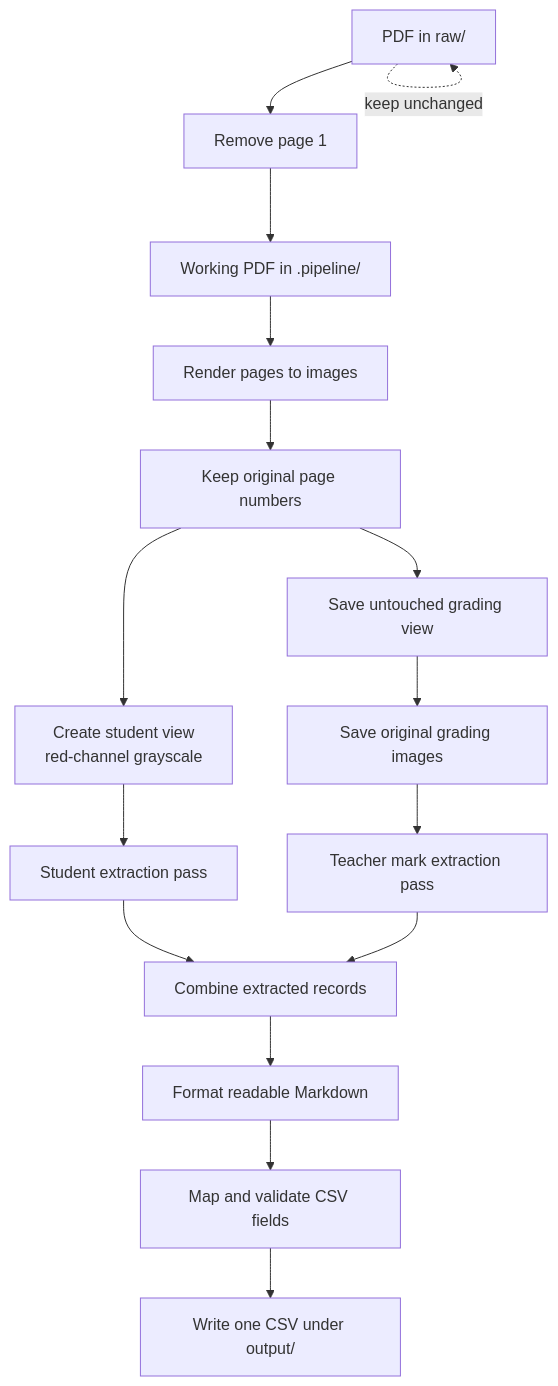
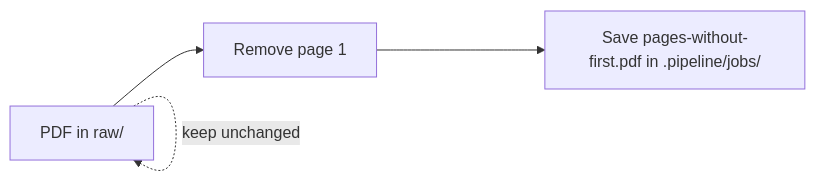
The diagram in docs/pipeline-flow.md (PrameKung/capstone-pipeline-pdf-to-dataset), drawn with Mermaid before and after one commit. The commit also changed other lines of this file and 10 other files, not shown here.

Commit message:
Prepare PDFs without rendering pages

````diff
--- a/docs/pipeline-flow.md
+++ b/docs/pipeline-flow.md
@@ -5,20 +5,6 @@
 ```mermaid
-flowchart TD
+flowchart LR
     A[PDF in raw/] --> B[Remove page 1]
     A -. keep unchanged .-> A
-    B --> C[Working PDF in .pipeline/]
-    C --> D[Render pages to images]
-    D --> E[Keep original page numbers]
-    E --> F[Save untouched grading view]
-    F --> H[Save original grading images]
-    E --> I[Create student view<br/>red-channel grayscale]
-
-    I --> K[Student extraction pass]
-    H --> L[Teacher mark extraction pass]
-    K --> M[Combine extracted records]
-    L --> M
-    M --> N[Format readable Markdown]
-    N --> O[Map and validate CSV fields]
-    O --> P[Write one CSV under output/]
-
+    B --> C[Save pages-without-first.pdf in .pipeline/jobs/]
 ```
````
